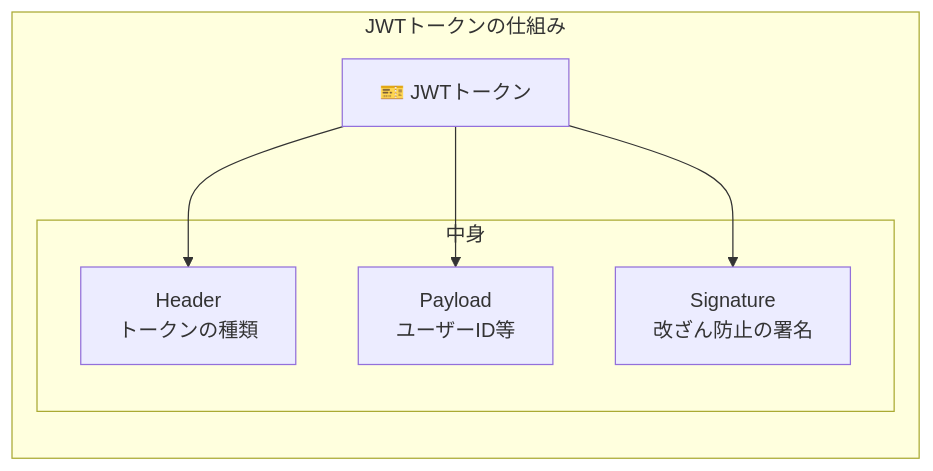
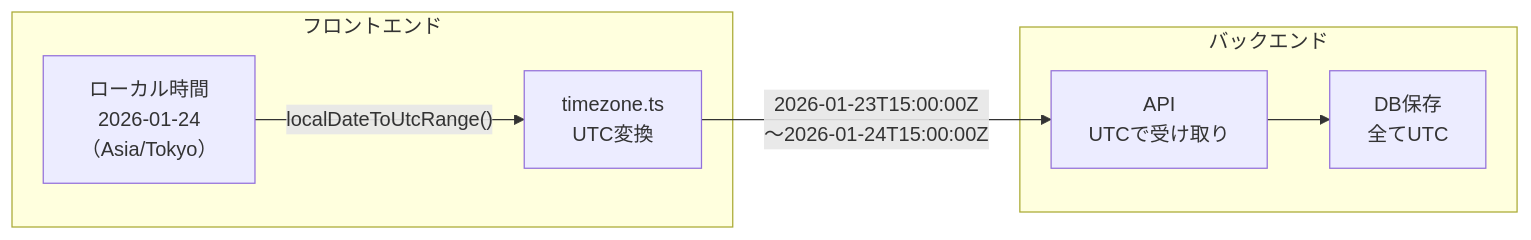
Before and after one commit to yu-min3/kensan: the ninth of 15 diagrams in mydocs/architecture_guide_for_beginners.md, drawn with Mermaid. The commit also changed other lines of this file and 85 other files, not shown here.

````diff
--- a/mydocs/architecture_guide_for_beginners.md
+++ b/mydocs/architecture_guide_for_beginners.md
@@ -331,16 +423,16 @@
 ```mermaid
 graph LR
-    subgraph "JWTトークンの仕組み"
-        T["🎫 JWTトークン"]
-
-        subgraph "中身"
-            H["Header<br/>トークンの種類"]
-            P["Payload<br/>ユーザーID等"]
-            S["Signature<br/>改ざん防止の署名"]
-        end
+    subgraph "フロントエンド"
+        Local["ローカル時間<br/>2026-01-24<br/>（Asia/Tokyo）"]
+        Convert["timezone.ts<br/>UTC変換"]
     end
 
-    T --> H
-    T --> P
-    T --> S
+    subgraph "バックエンド"
+        API["API<br/>UTCで受け取り"]
+        DB["DB保存<br/>全てUTC"]
+    end
+
+    Local -->|"localDateToUtcRange()"| Convert
+    Convert -->|"2026-01-23T15:00:00Z<br/>〜2026-01-24T15:00:00Z"| API
+    API --> DB
 ```
````
